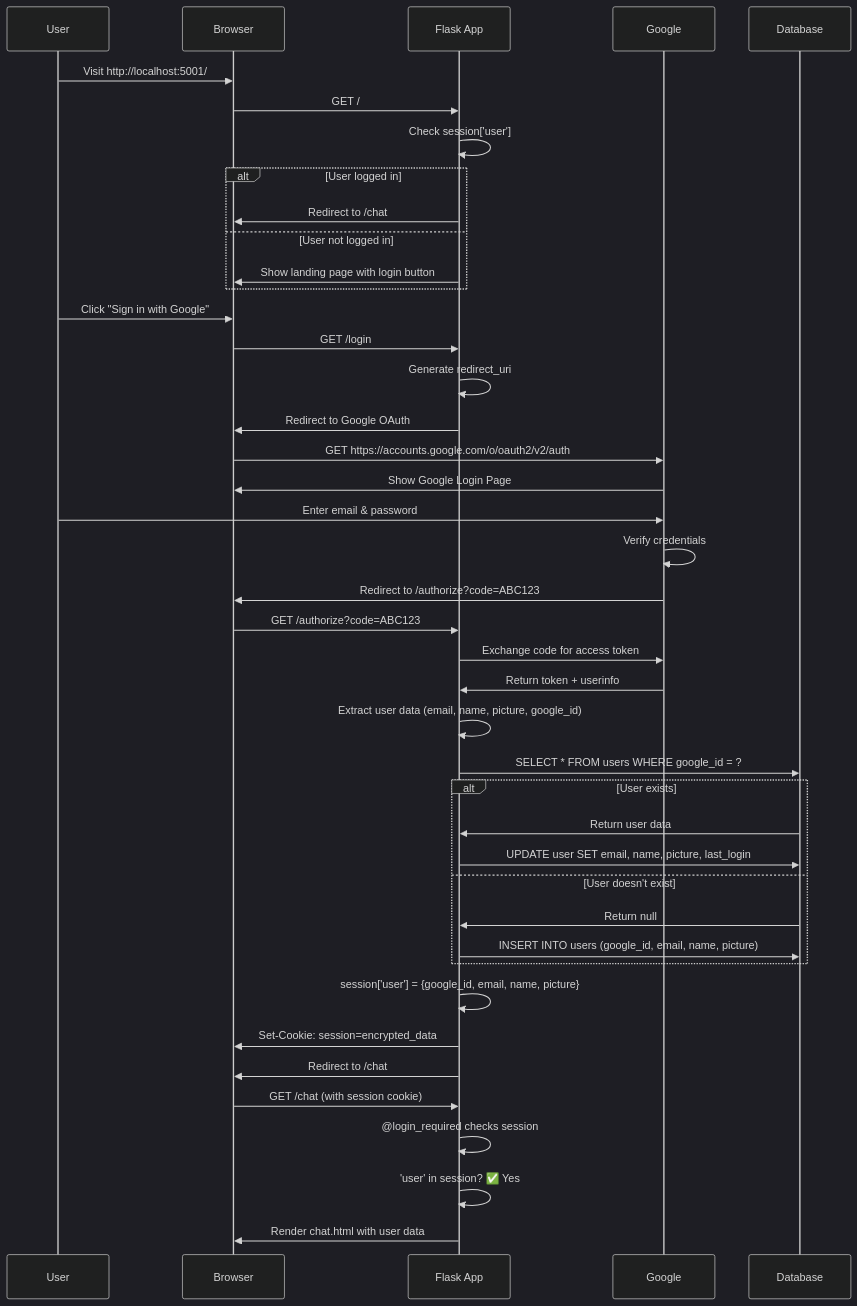
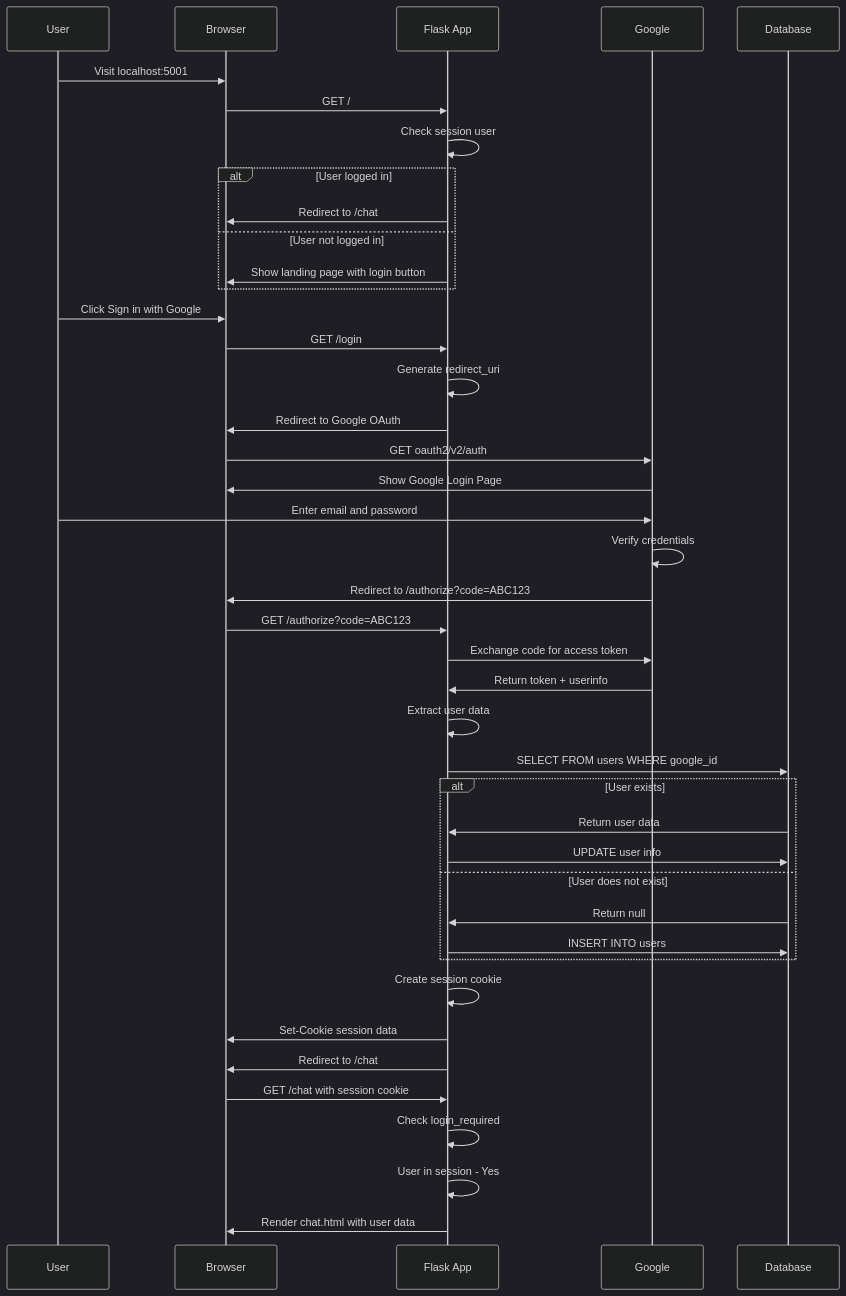
The second of 15 diagrams in docs/OAUTH_FLOWCHART.md (DANI-cloud-del/Flask), drawn with Mermaid (dark theme) before and after one commit. The commit also changed other lines of this file, not shown here.

Commit message:
Fix Mermaid syntax errors in flowcharts - escape special characters and fix line breaks

````diff
--- a/docs/OAUTH_FLOWCHART.md
+++ b/docs/OAUTH_FLOWCHART.md
@@ -59,54 +59,54 @@
 ```mermaid
 sequenceDiagram
     participant User
     participant Browser
     participant Flask as Flask App
     participant Google
     participant DB as Database
     
-    User->>Browser: Visit http://localhost:5001/
+    User->>Browser: Visit localhost:5001
     Browser->>Flask: GET /
-    Flask->>Flask: Check session['user']
+    Flask->>Flask: Check session user
     
     alt User logged in
         Flask->>Browser: Redirect to /chat
     else User not logged in
         Flask->>Browser: Show landing page with login button
     end
     
-    User->>Browser: Click "Sign in with Google"
+    User->>Browser: Click Sign in with Google
     Browser->>Flask: GET /login
     Flask->>Flask: Generate redirect_uri
     Flask->>Browser: Redirect to Google OAuth
     
-    Browser->>Google: GET https://accounts.google.com/o/oauth2/v2/auth
+    Browser->>Google: GET oauth2/v2/auth
     Google->>Browser: Show Google Login Page
     
-    User->>Google: Enter email & password
+    User->>Google: Enter email and password
     Google->>Google: Verify credentials
     Google->>Browser: Redirect to /authorize?code=ABC123
     
     Browser->>Flask: GET /authorize?code=ABC123
     Flask->>Google: Exchange code for access token
     Google->>Flask: Return token + userinfo
     
-    Flask->>Flask: Extract user data (email, name, picture, google_id)
-    Flask->>DB: SELECT * FROM users WHERE google_id = ?
+    Flask->>Flask: Extract user data
+    Flask->>DB: SELECT FROM users WHERE google_id
     
     alt User exists
         DB->>Flask: Return user data
-        Flask->>DB: UPDATE user SET email, name, picture, last_login
-    else User doesn't exist
+        Flask->>DB: UPDATE user info
+    else User does not exist
         DB->>Flask: Return null
-        Flask->>DB: INSERT INTO users (google_id, email, name, picture)
+        Flask->>DB: INSERT INTO users
     end
     
-    Flask->>Flask: session['user'] = {google_id, email, name, picture}
-    Flask->>Browser: Set-Cookie: session=encrypted_data
+    Flask->>Flask: Create session cookie
+    Flask->>Browser: Set-Cookie session data
     Flask->>Browser: Redirect to /chat
     
-    Browser->>Flask: GET /chat (with session cookie)
-    Flask->>Flask: @login_required checks session
-    Flask->>Flask: 'user' in session? ✅ Yes
+    Browser->>Flask: GET /chat with session cookie
+    Flask->>Flask: Check login_required
+    Flask->>Flask: User in session - Yes
     Flask->>Browser: Render chat.html with user data
 ```
````
